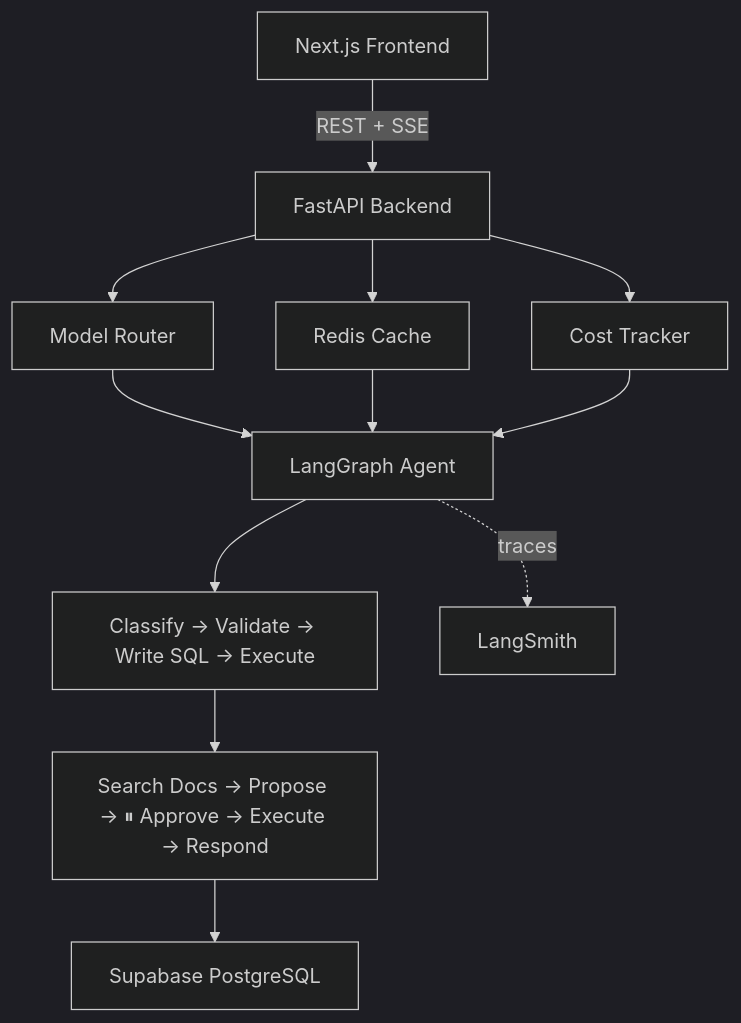
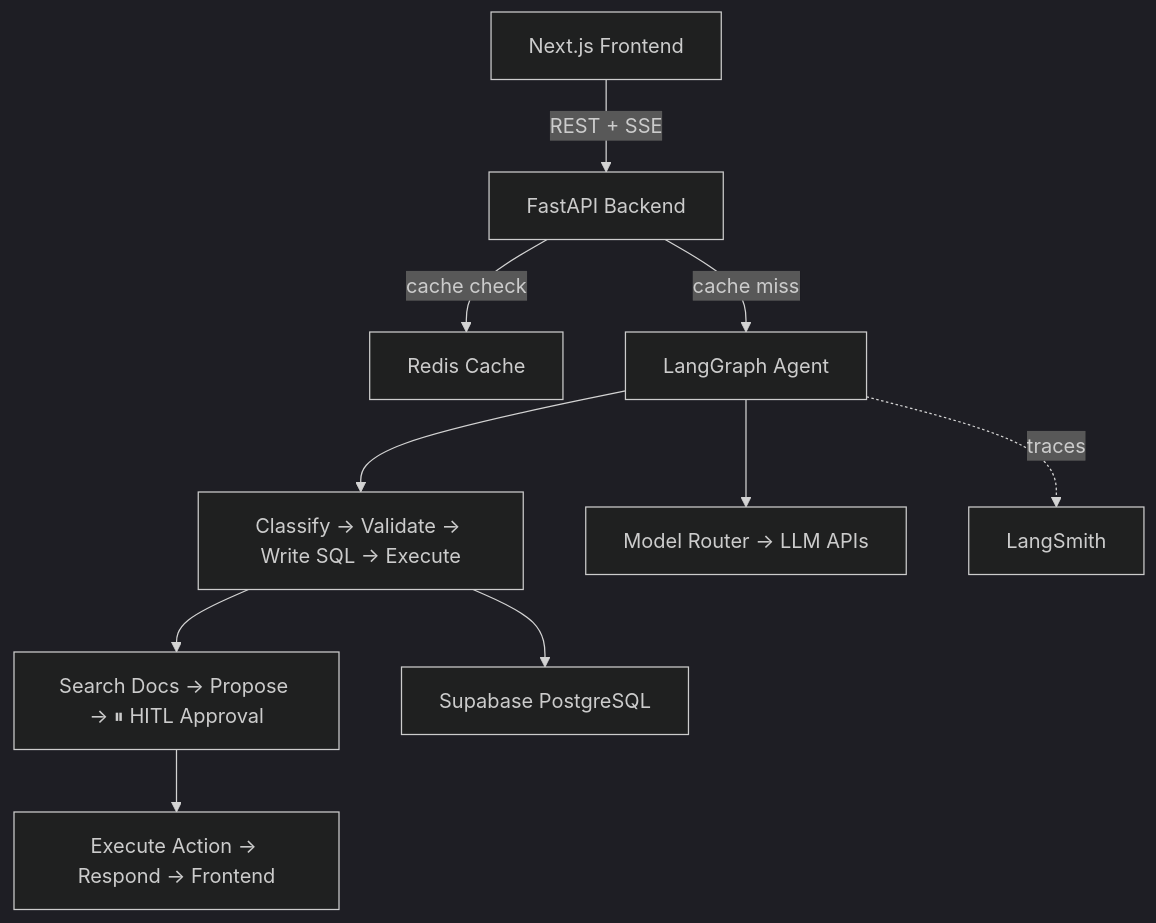
One commit to edycutjong/aegis changed the diagram in README.md. Above: the diagram before and after it, drawn with Mermaid (dark theme).

Commit message:
feat: update system architecture diagram to clarify cache interaction, model routing, and human-in-the-loop approval flow.

````diff
--- a/README.md
+++ b/README.md
@@ -21,12 +21,12 @@
 ```mermaid
 flowchart TD
     A["Next.js Frontend"] -- REST + SSE --> B["FastAPI Backend"]
-    B --> C["Model Router"]
-    B --> D["Redis Cache"]
-    B --> E["Cost Tracker"]
-    C & D & E --> F["LangGraph Agent"]
+    B -- cache check --> D["Redis Cache"]
+    B -- cache miss --> F["LangGraph Agent"]
     F --> G["Classify → Validate → Write SQL → Execute"]
-    G --> H["Search Docs → Propose → ⏸ Approve → Execute → Respond"]
-    H --> I["Supabase PostgreSQL"]
+    G --> G2["Search Docs → Propose → ⏸ HITL Approval"]
+    G2 --> G3["Execute Action → Respond → Frontend"]
+    F --> C["Model Router → LLM APIs"]
+    G --> I["Supabase PostgreSQL"]
     F -. traces .-> J["LangSmith"]
 ```
````
